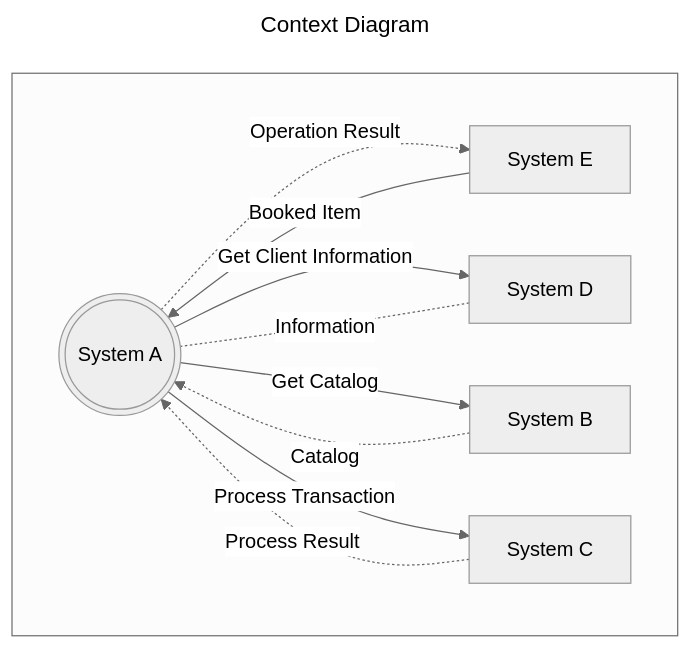
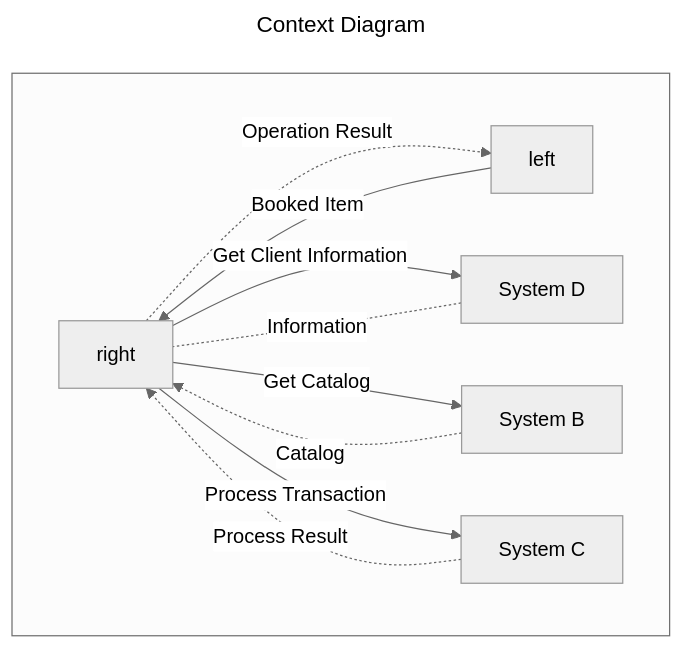
Before and after one commit to Kuziomkin/diagrams: the third of 3 diagrams in mermaid_diagrams.md, drawn with Mermaid.

````diff
--- a/mermaid_diagrams.md
+++ b/mermaid_diagrams.md
@@ -42,30 +42,30 @@
 ```mermaid
 ---
 title: Context Diagram
 config:
   layout: dagre
   look: classic
   theme: neutral
 ---
     flowchart TD
         %% define components
         A(((System A)))
         B[System B]
         C[System C]
         D[System D]
         E[System E]
 
         subgraph " "
             direction LR
             %% define relationships
-            E -- Booked Item --> A
+            E[left] -- Booked Item --> A[right]
             A -.Operation Result.-> E
             A --Get Client Information--> D
             D -.Information.- A
             A -- Get Catalog--> B
             B -. Catalog .-> A
             A --Process Transaction--> C
             C -.Process Result.->A
         end
 
 ```
````
